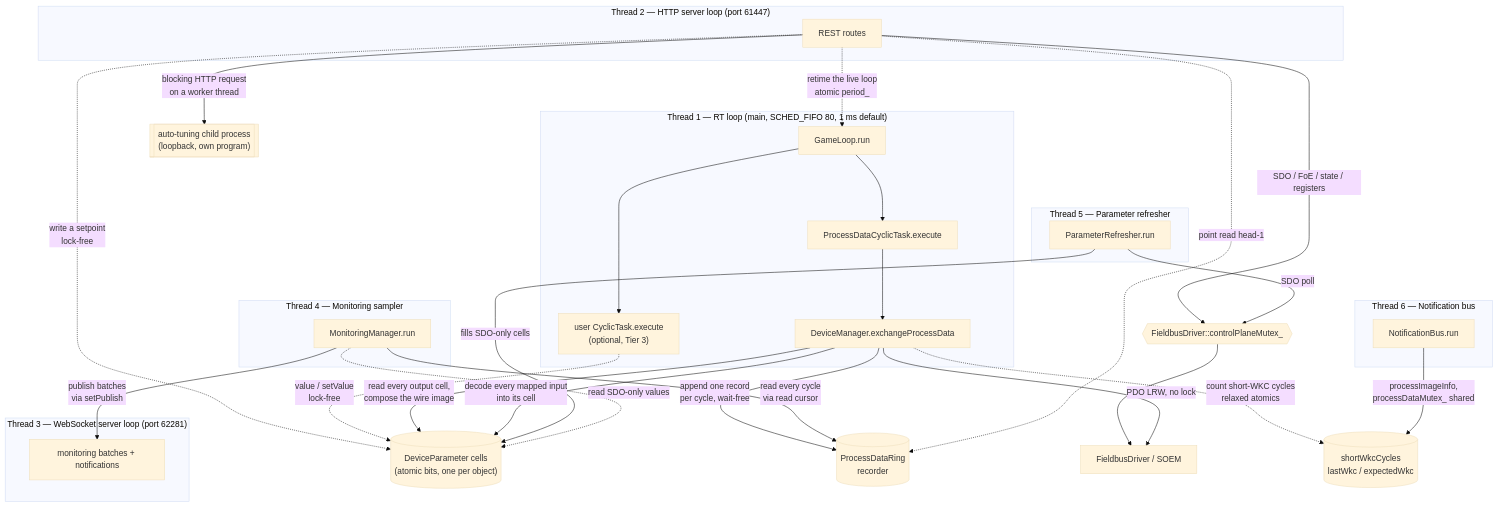
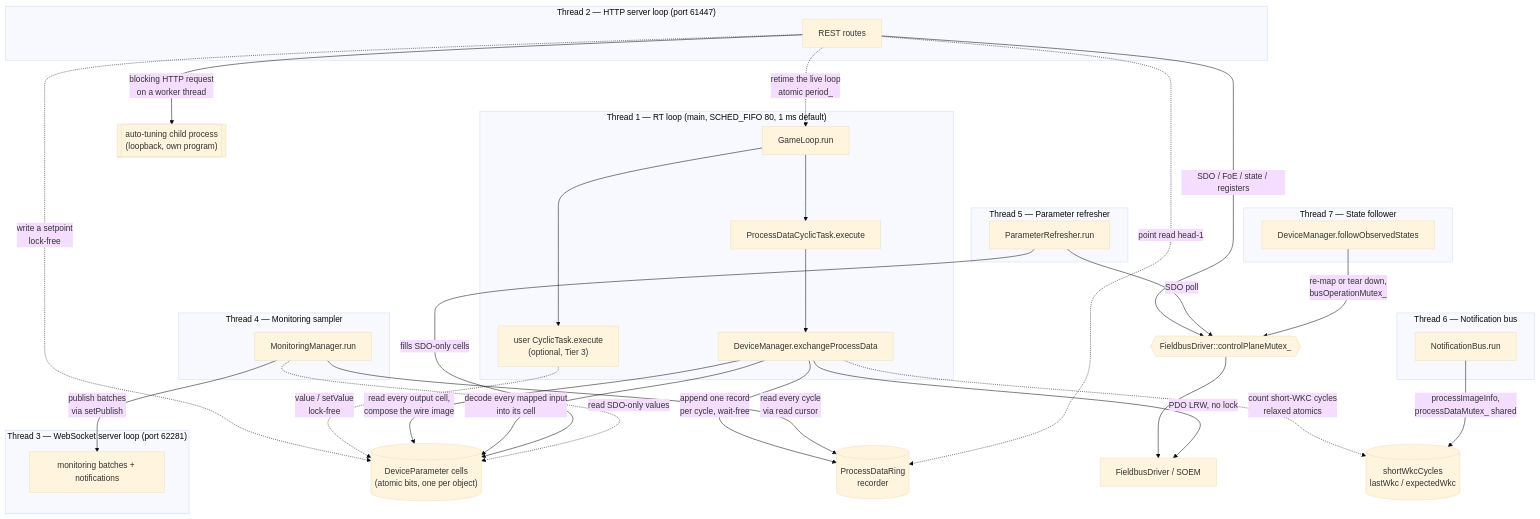
The diagram in docs/THREADS.md (synapticon/motion-master), drawn with Mermaid (base theme) before and after one commit. The commit also changed other lines of this file and 63 other files, not shown here.

````diff
--- a/docs/THREADS.md
+++ b/docs/THREADS.md
@@ -52,42 +56,46 @@
 ```mermaid
 flowchart TB
     subgraph RT["Thread 1 — RT loop (main, SCHED_FIFO 80, 1 ms default)"]
         GL[GameLoop.run] --> PDT[ProcessDataCyclicTask.execute]
         PDT --> EPD[DeviceManager.exchangeProcessData]
         GL --> UT["user CyclicTask.execute<br/>(optional, Tier 3)"]
     end
     subgraph HSRV["Thread 2 — HTTP server loop (port 61447)"]
         HTTP[REST routes]
     end
     subgraph WSRV["Thread 3 — WebSocket server loop (port 62281)"]
         WS[monitoring batches + notifications]
     end
     subgraph SAMP["Thread 4 — Monitoring sampler"]
         MS[MonitoringManager.run]
     end
     subgraph REF["Thread 5 — Parameter refresher"]
         PR[ParameterRefresher.run]
     end
     subgraph NB["Thread 6 — Notification bus"]
         BH[NotificationBus.run]
     end
+    subgraph SF["Thread 7 — State follower"]
+        FS[DeviceManager.followObservedStates]
+    end
 
     HTTP -.->|write a setpoint<br/>lock-free| CELLS[("DeviceParameter cells<br/>(atomic bits, one per object)")]
     HTTP -.->|retime the live loop<br/>atomic period_| GL
     UT -.->|value / setValue<br/>lock-free| CELLS
     EPD -->|read every output cell,<br/>compose the wire image| CELLS
     EPD -->|decode every mapped input<br/>into its cell| CELLS
     EPD -->|append one record<br/>per cycle, wait-free| RING[(ProcessDataRing<br/>recorder)]
     MS -->|read every cycle<br/>via read cursor| RING
     HTTP -.->|point read head-1| RING
     HTTP -->|SDO / FoE / state / registers| SM{{FieldbusDriver::controlPlaneMutex_}}
     PR -->|SDO poll| SM
     SM --> DRV[FieldbusDriver / SOEM]
     EPD -->|PDO LRW, no lock| DRV
     MS -->|publish batches<br/>via setPublish| WS
     PR -->|fills SDO-only cells| CELLS
     MS -.->|read SDO-only values| CELLS
     EPD -.->|count short-WKC cycles<br/>relaxed atomics| WKC[("shortWkcCycles<br/>lastWkc / expectedWkc")]
     BH -->|processImageInfo,<br/>processDataMutex_ shared| WKC
+    FS -->|re-map or tear down,<br/>busOperationMutex_| SM
     HTTP -->|blocking HTTP request<br/>on a worker thread| AT[["auto-tuning child process<br/>(loopback, own program)"]]
 ```
````
